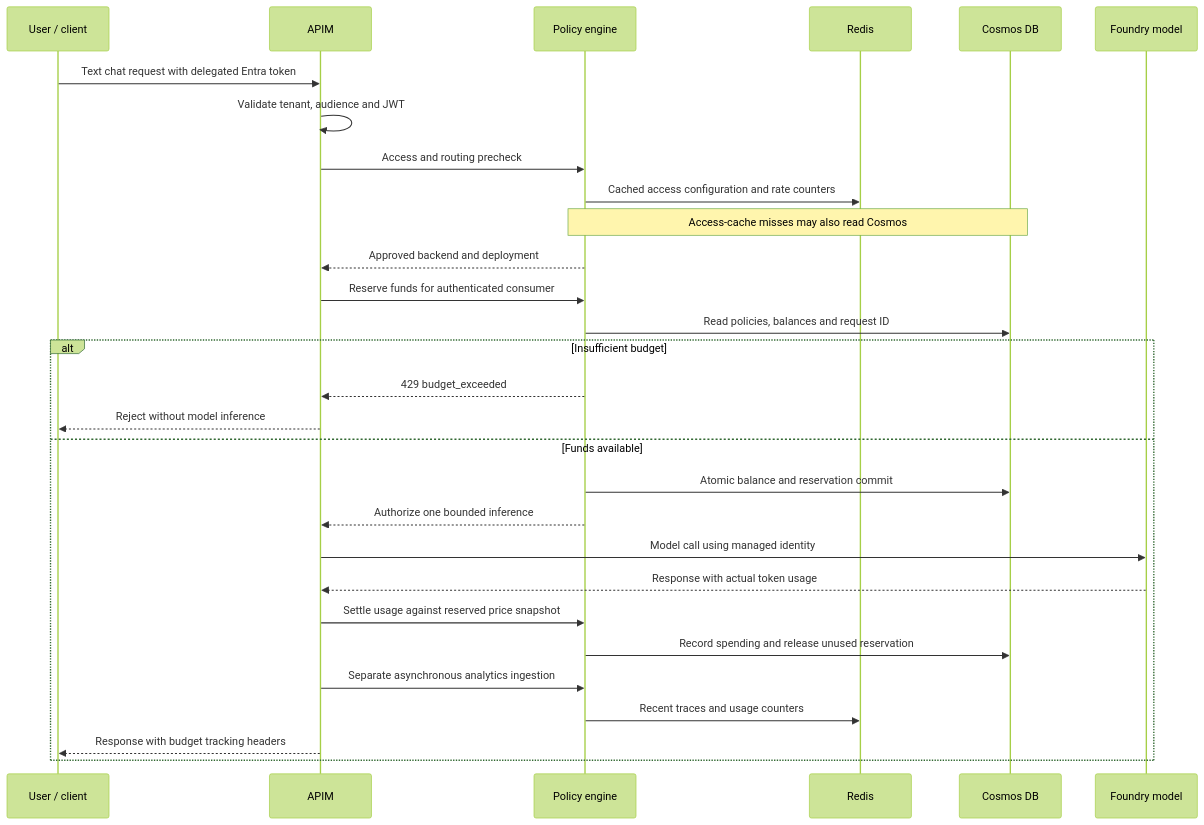
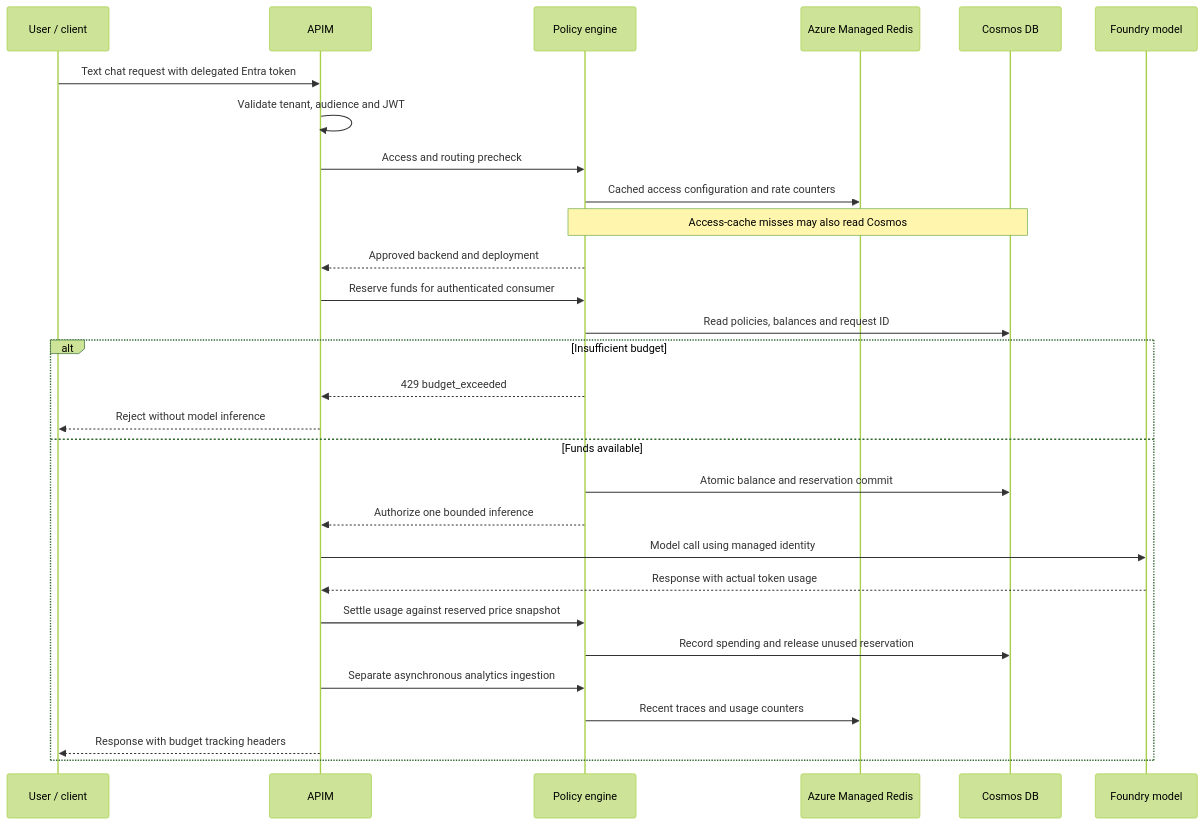
One commit to ij-23/aigw-with-budget-policy changed the diagram in docs/SOLUTION.md. Above: the diagram before and after it, drawn with Mermaid (forest theme). The commit also changed other lines of this file and 17 other files, not shown here.

Commit message:
feat: use Azure Managed Redis and document budget architecture

````diff
--- a/docs/SOLUTION.md
+++ b/docs/SOLUTION.md
@@ -11,31 +13,31 @@
 ```mermaid
 sequenceDiagram
     participant U as User / client
     participant A as APIM
     participant E as Policy engine
-    participant R as Redis
+    participant R as Azure Managed Redis
     participant C as Cosmos DB
     participant F as Foundry model
     U->>A: Text chat request with delegated Entra token
     A->>A: Validate tenant, audience and JWT
     A->>E: Access and routing precheck
     E->>R: Cached access configuration and rate counters
     Note over E,C: Access-cache misses may also read Cosmos
     E-->>A: Approved backend and deployment
     A->>E: Reserve funds for authenticated consumer
     E->>C: Read policies, balances and request ID
     alt Insufficient budget
         E-->>A: 429 budget_exceeded
         A-->>U: Reject without model inference
     else Funds available
         E->>C: Atomic balance and reservation commit
         E-->>A: Authorize one bounded inference
         A->>F: Model call using managed identity
         F-->>A: Response with actual token usage
         A->>E: Settle usage against reserved price snapshot
         E->>C: Record spending and release unused reservation
         A->>E: Separate asynchronous analytics ingestion
         E->>R: Recent traces and usage counters
         A-->>U: Response with budget tracking headers
     end
 ```
````
